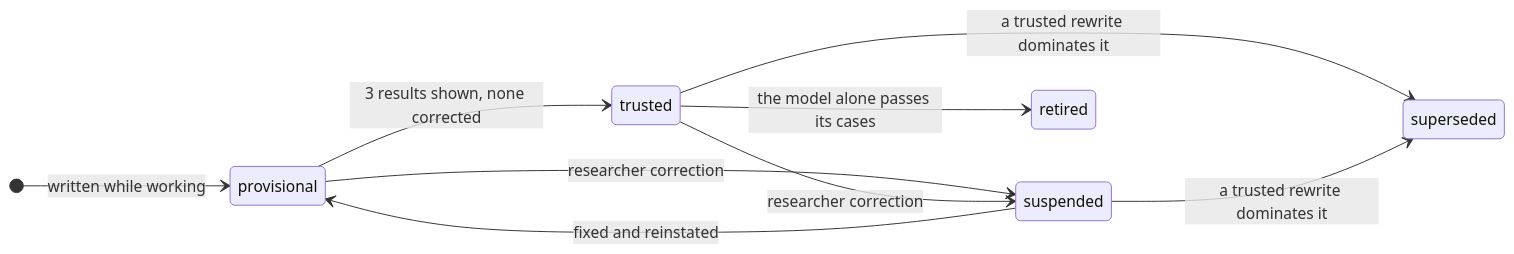
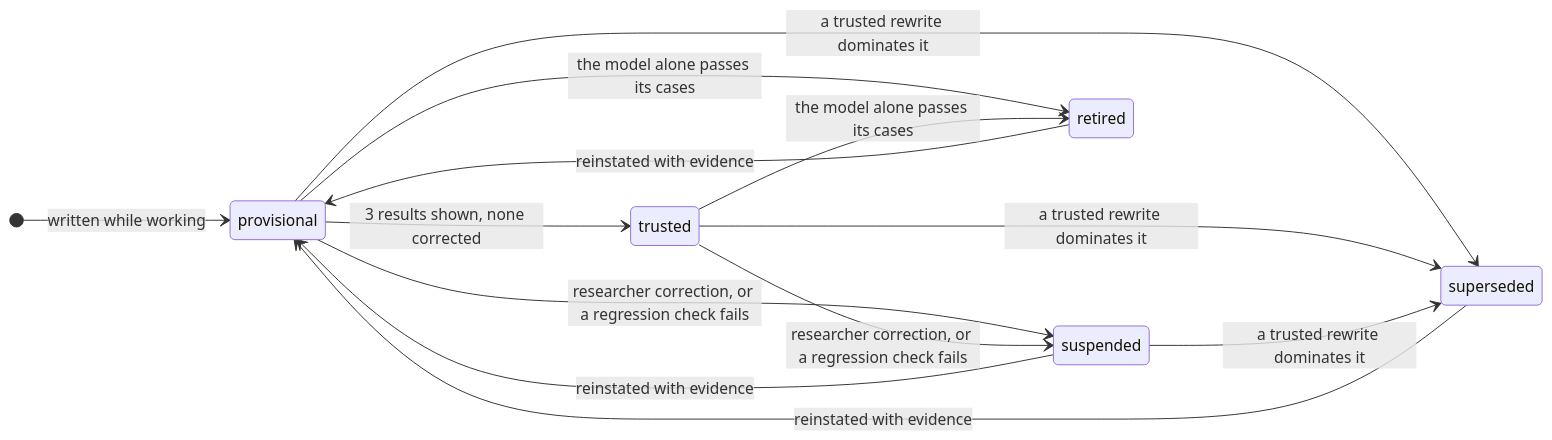
The diagram in README.md (Gennappio/WhiteSnake), drawn with Mermaid before and after one commit. The commit also changed other lines of this file and 37 other files, not shown here.

````diff
--- a/README.md
+++ b/README.md
@@ -75,12 +75,16 @@
 ```mermaid
 stateDiagram-v2
     direction LR
     [*] --> provisional: written while working
     provisional --> trusted: 3 results shown, none corrected
-    provisional --> suspended: researcher correction
-    trusted --> suspended: researcher correction
-    suspended --> provisional: fixed and reinstated
+    provisional --> suspended: researcher correction, or a regression check fails
+    trusted --> suspended: researcher correction, or a regression check fails
+    suspended --> provisional: reinstated with evidence
+    provisional --> superseded: a trusted rewrite dominates it
     trusted --> superseded: a trusted rewrite dominates it
     suspended --> superseded: a trusted rewrite dominates it
+    provisional --> retired: the model alone passes its cases
     trusted --> retired: the model alone passes its cases
+    superseded --> provisional: reinstated with evidence
+    retired --> provisional: reinstated with evidence
 ```
````
